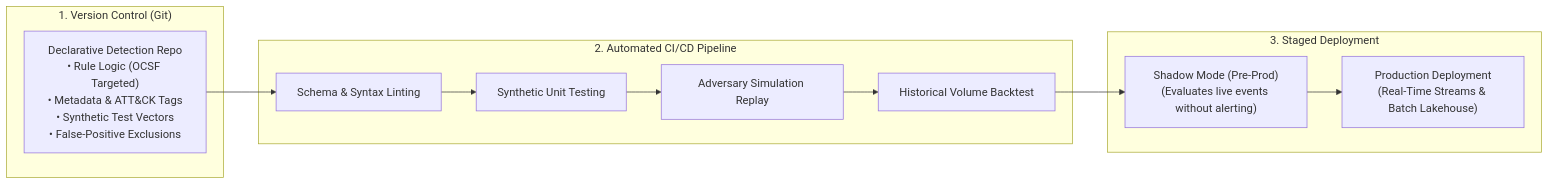
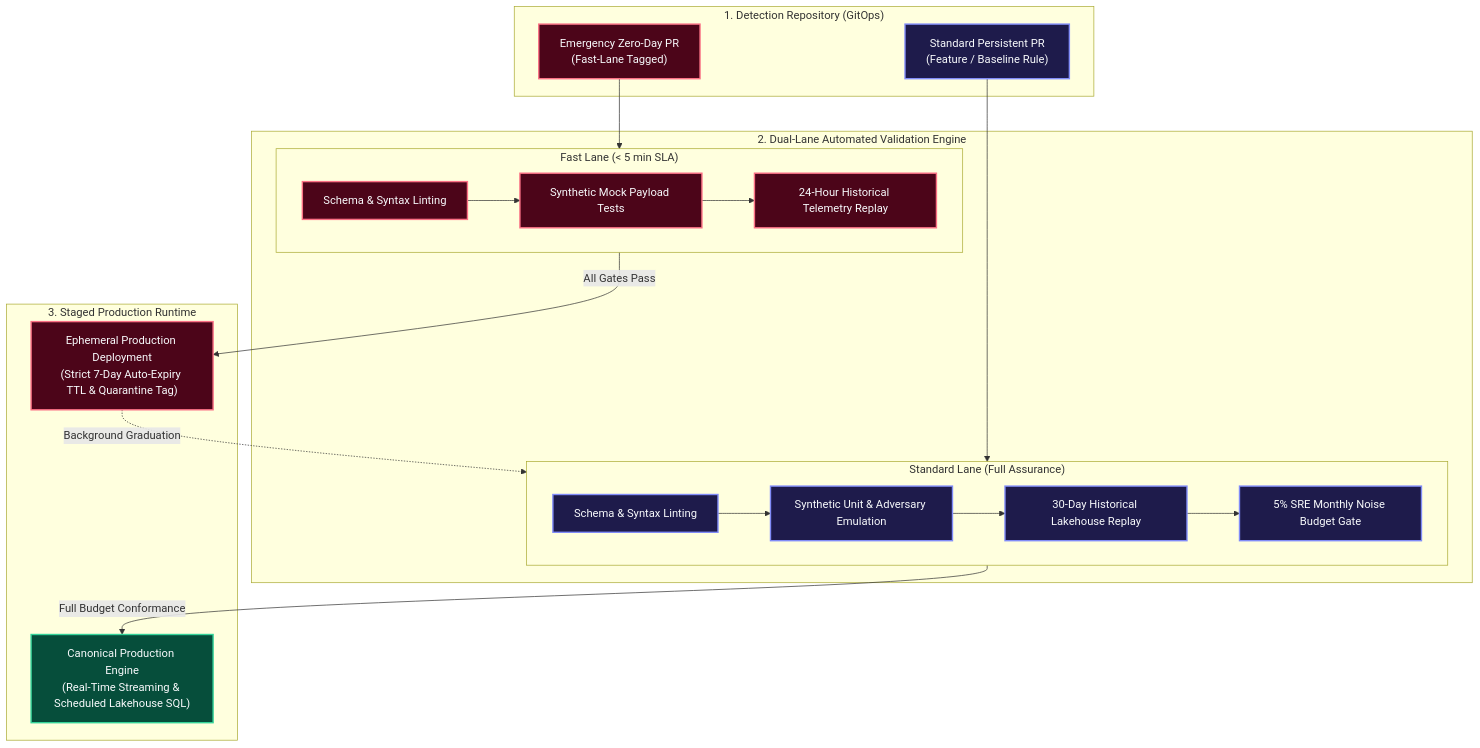
Before and after one commit to Haribu/TIDIR: the fourth of 7 diagrams in docs/architecture/06-layer-3-threat-intel-detection.md, drawn with Mermaid. The commit also changed other lines of this file and 20 other files, not shown here.

Commit message:
feat(architecture): launch readiness polish, ADR registry, and Green Team prevention loop

````diff
--- a/docs/architecture/06-layer-3-threat-intel-detection.md
+++ b/docs/architecture/06-layer-3-threat-intel-detection.md
@@ -127,20 +129,41 @@
 ```mermaid
-flowchart LR
-  subgraph GitOps ["1. Version Control (Git)"]
-    REPO["Declarative Detection Repo\n• Rule Logic (OCSF Targeted)\n• Metadata & ATT&CK Tags\n• Synthetic Test Vectors\n• False-Positive Exclusions"]
+flowchart TB
+  classDef repo fill:#1e293b,stroke:#f472b6,stroke-width:2px,color:#f8fafc;
+  classDef fast fill:#4c0519,stroke:#fb7185,stroke-width:2px,color:#f8fafc;
+  classDef std fill:#1e1b4b,stroke:#818cf8,stroke-width:2px,color:#f8fafc;
+  classDef prod fill:#064e3b,stroke:#34d399,stroke-width:2px,color:#f8fafc;
+
+  subgraph GITOPS ["1. Detection Repository (GitOps)"]
+    PR_EMERGENCY["Emergency Zero-Day PR\n(Fast-Lane Tagged)"]:::fast
+    PR_STANDARD["Standard Persistent PR\n(Feature / Baseline Rule)"]:::std
   end
 
-  subgraph CI ["2. Automated CI/CD Pipeline"]
-    LINT["Schema & Syntax Linting"]
-    UNIT["Synthetic Unit Testing"]
-    ADVERSARY["Adversary Simulation Replay"]
-    BACKTEST["Historical Volume Backtest"]
+  subgraph DUAL_CI ["2. Dual-Lane Automated Validation Engine"]
+    subgraph FAST_LANE ["Fast Lane (< 5 min SLA)"]
+      F_LINT["Schema & Syntax Linting"]:::fast
+      F_UNIT["Synthetic Mock Payload Tests"]:::fast
+      F_24H["24-Hour Historical Telemetry Replay"]:::fast
+      F_LINT --> F_UNIT --> F_24H
+    end
+
+    subgraph STD_LANE ["Standard Lane (Full Assurance)"]
+      S_LINT["Schema & Syntax Linting"]:::std
+      S_UNIT["Synthetic Unit & Adversary Emulation"]:::std
+      S_30D["30-Day Historical Lakehouse Replay"]:::std
+      S_SRE["5% SRE Monthly Noise Budget Gate"]:::std
+      S_LINT --> S_UNIT --> S_30D --> S_SRE
+    end
   end
 
-  subgraph CD ["3. Staged Deployment"]
-    SHADOW["Shadow Mode (Pre-Prod)\n(Evaluates live events without alerting)"]
-    PROD["Production Deployment\n(Real-Time Streams & Batch Lakehouse)"]
+  subgraph DEPLOY_TARGET ["3. Staged Production Runtime"]
+    PROD_EPHEMERAL["Ephemeral Production Deployment\n(Strict 7-Day Auto-Expiry TTL & Quarantine Tag)"]:::fast
+    PROD_CANONICAL["Canonical Production Engine\n(Real-Time Streaming & Scheduled Lakehouse SQL)"]:::prod
   end
 
-  REPO --> LINT --> UNIT --> ADVERSARY --> BACKTEST --> SHADOW --> PROD
+  PR_EMERGENCY --> FAST_LANE
+  FAST_LANE -->|All Gates Pass| PROD_EPHEMERAL
+  PROD_EPHEMERAL -.->|Background Graduation| STD_LANE
+
+  PR_STANDARD --> STD_LANE
+  STD_LANE -->|Full Budget Conformance| PROD_CANONICAL
 ```
````
